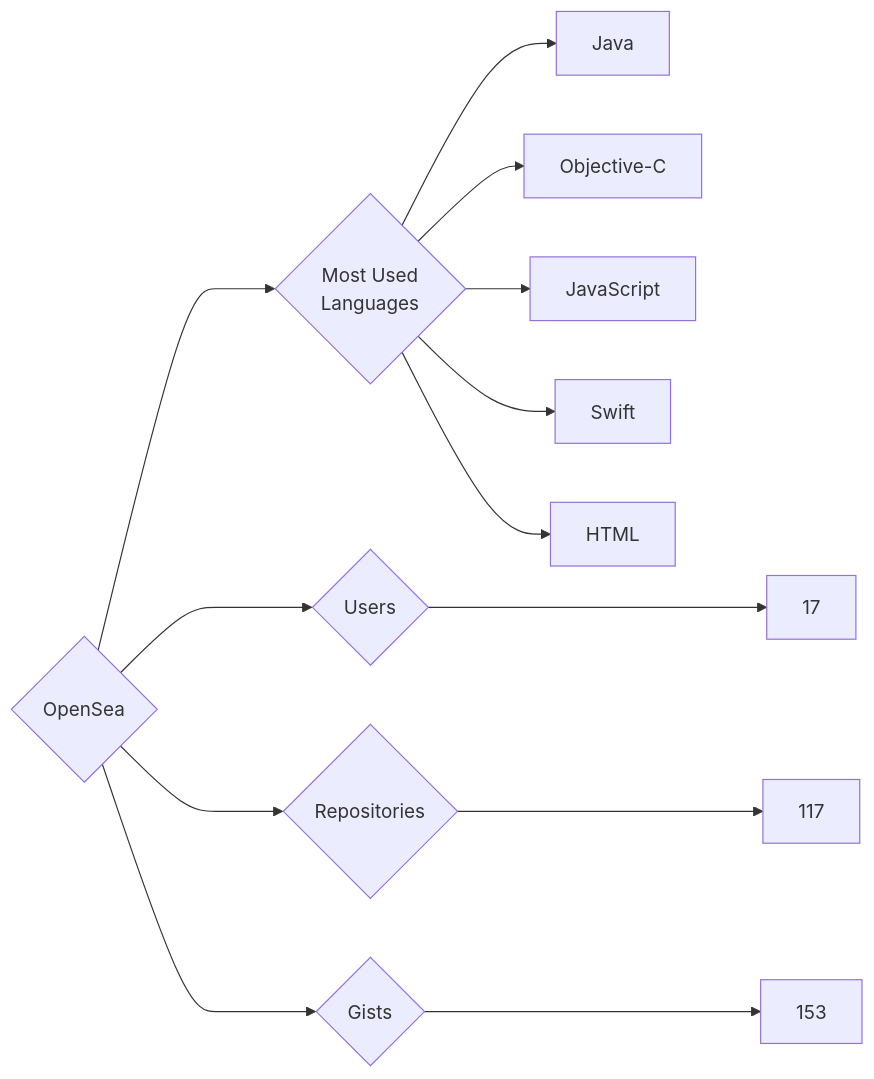
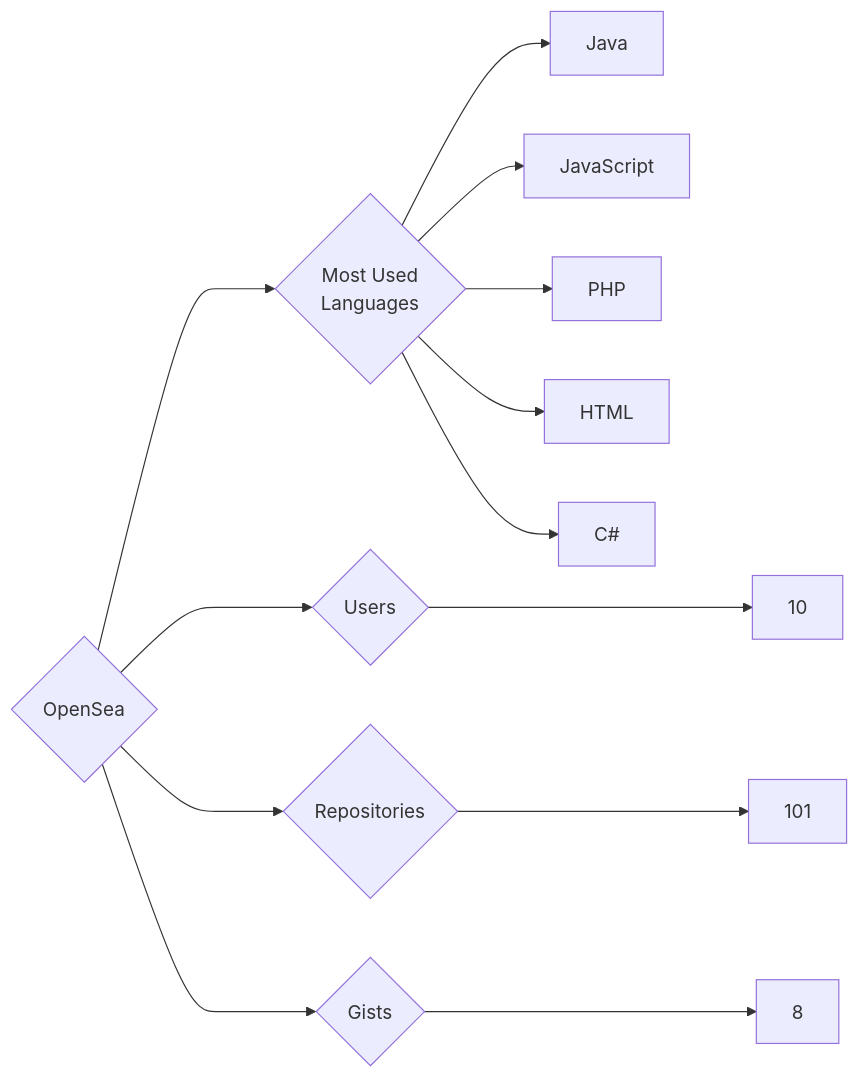
Before and after one commit to trickest/insiders: the diagram in targets/OpenSea/README.md, drawn with Mermaid. The commit also changed 582 other files, not shown here.

````diff
--- a/targets/OpenSea/README.md
+++ b/targets/OpenSea/README.md
@@ -3,13 +3,13 @@
 ```mermaid
 graph LR
 COMPANY_NAME{OpenSea}
-COMPANY_NAME ---> U{Users} ---> UN[17]
-COMPANY_NAME ---> R{Repositories} ---> RN[117]
-COMPANY_NAME ---> G{Gists} ---> GN[153]
+COMPANY_NAME ---> U{Users} ---> UN[10]
+COMPANY_NAME ---> R{Repositories} ---> RN[101]
+COMPANY_NAME ---> G{Gists} ---> GN[8]
 COMPANY_NAME ---> ML{Most Used<br>Languages}
 ML --> Java[Java]
-ML --> Objective-C[Objective-C]
 ML --> JavaScript[JavaScript]
-ML --> Swift[Swift]
+ML --> PHP[PHP]
 ML --> HTML[HTML]
+ML --> C#[C#]
 ```
````
